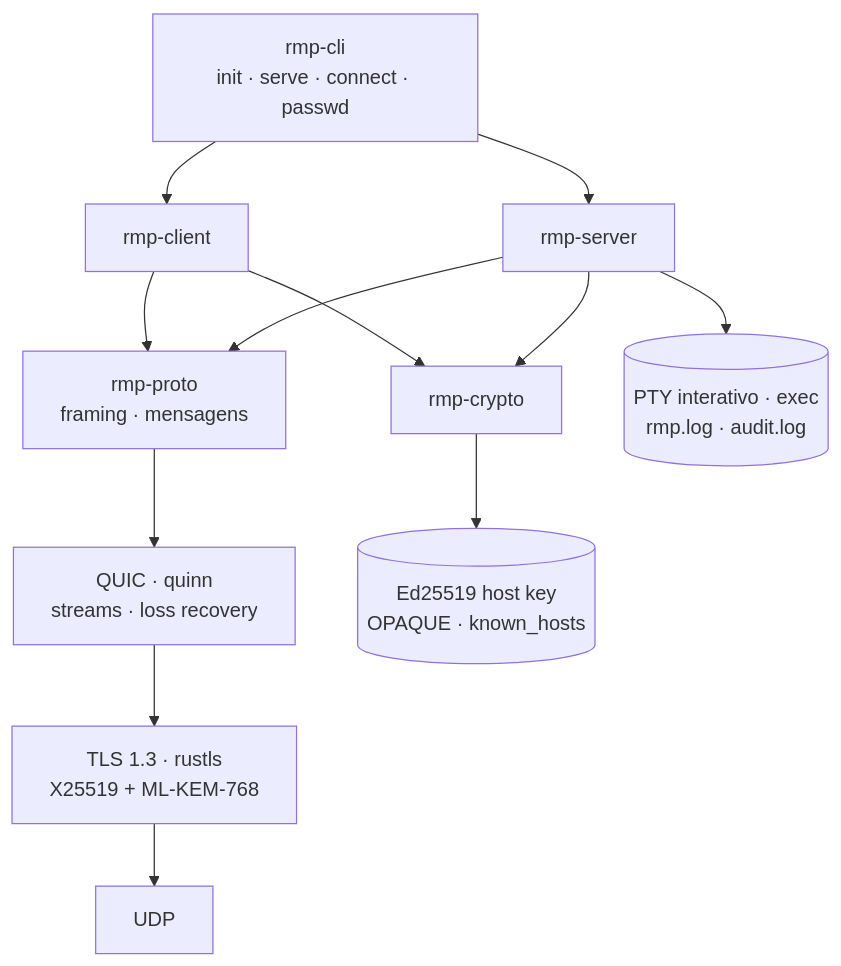
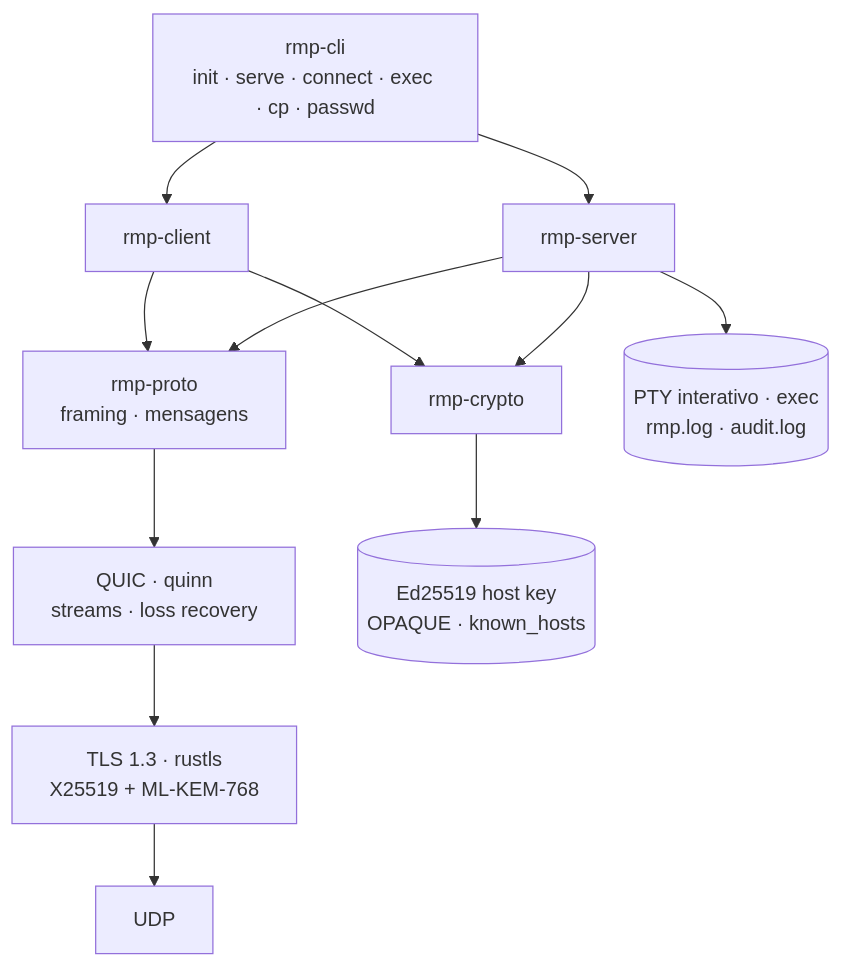
Before and after one commit to marcosgabrielgomes110-collab/rmp: the first of 2 diagrams in README.md, drawn with Mermaid. The commit also changed other lines of this file and 6 other files, not shown here.

First line of the commit message:
docs: align protocol, architecture, threat model and README with the implementation

````diff
--- a/README.md
+++ b/README.md
@@ -26,14 +26,14 @@
 ```mermaid
 flowchart TD
-    CLI["rmp-cli<br/>init · serve · connect · passwd"] --> CLIENT["rmp-client"]
+    CLI["rmp-cli<br/>init · serve · connect · exec · cp · passwd"] --> CLIENT["rmp-client"]
     CLI --> SERVER["rmp-server"]
     CLIENT --> CRYPTO["rmp-crypto"]
     SERVER --> CRYPTO
     CLIENT --> PROTO["rmp-proto<br/>framing · mensagens"]
     SERVER --> PROTO
     PROTO --> QUIC["QUIC · quinn<br/>streams · loss recovery"]
     QUIC --> TLS["TLS 1.3 · rustls<br/>X25519 + ML-KEM-768"]
     TLS --> UDP["UDP"]
     CRYPTO --> SECRETS[("Ed25519 host key<br/>OPAQUE · known_hosts")]
     SERVER --> SESSION[("PTY interativo · exec<br/>rmp.log · audit.log")]
 ```
````
